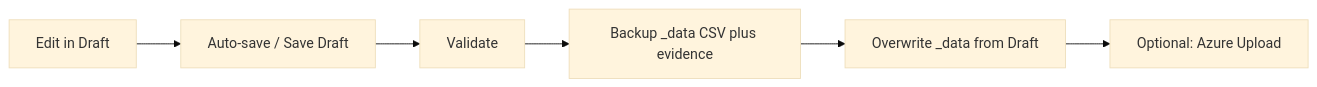
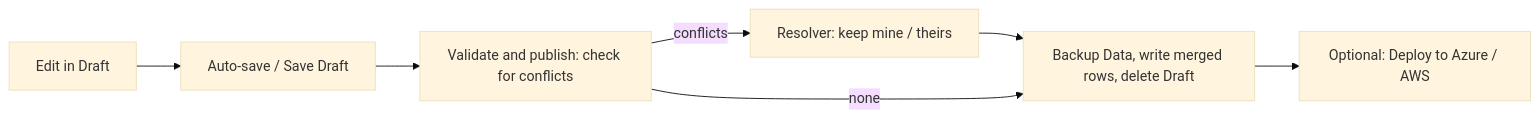
The second of 2 diagrams in README.md (jibinge0rge/OS-Health-Check), drawn with Mermaid (base theme) before and after one commit. The commit also changed other lines of this file and 16 other files, not shown here.

````diff
--- a/README.md
+++ b/README.md
@@ -647,8 +585,9 @@
 ```mermaid
 flowchart LR
   Edit[Edit in Draft] --> Save[Auto-save / Save Draft]
-  Save --> Val[Validate]
-  Val --> Bak[Backup _data CSV plus evidence]
-  Bak --> Pub[Overwrite _data from Draft]
-  Pub --> AzureOpt[Optional: Azure Upload]
+  Save --> Check[Validate and publish: check for conflicts]
+  Check -->|conflicts| Resolve[Resolver: keep mine / theirs]
+  Resolve --> Publish
+  Check -->|none| Publish[Backup Data, write merged rows, delete Draft]
+  Publish --> CloudOpt[Optional: Deploy to Azure / AWS]
 ```
````
